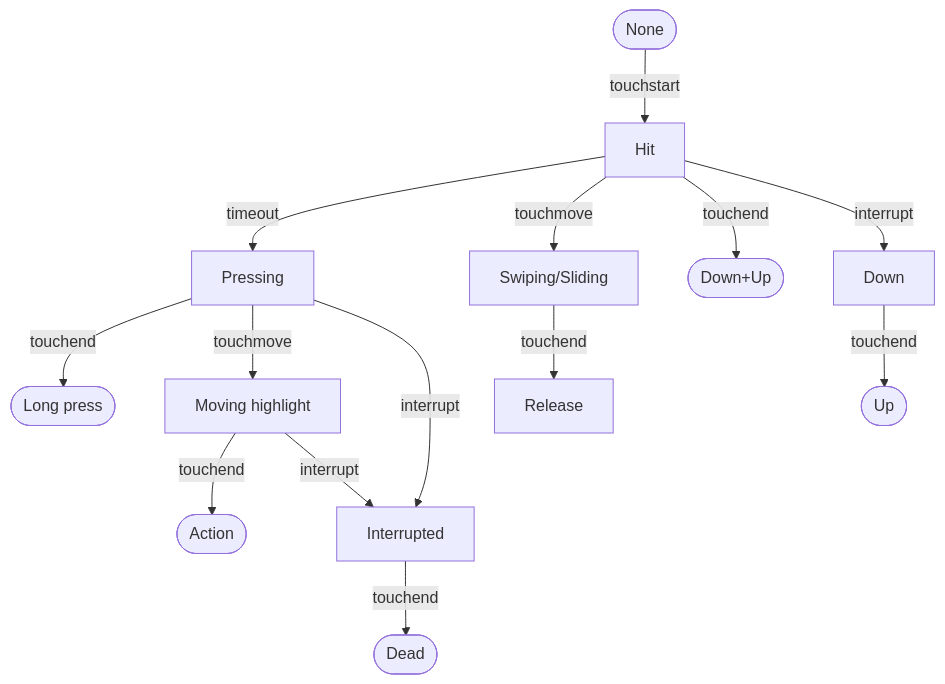
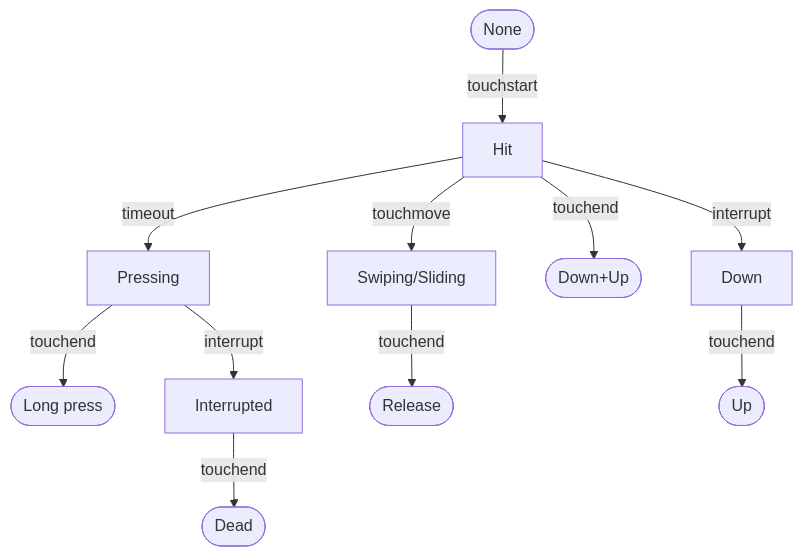
One commit to fcitx-contrib/fcitx5-keyboard-web changed the diagram in docs/gesture.md. Above: the diagram before and after it, drawn with Mermaid. The commit also changed other lines of this file and 8 other files, not shown here.

````diff
--- a/docs/gesture.md
+++ b/docs/gesture.md
@@ -1,11 +1,9 @@
 ```mermaid
 flowchart
   None([None]) -->|touchstart| Hit
   Hit -->|timeout| Pressing -->|touchend| LP([Long press])
-  Pressing -->|touchmove| Moving[Moving highlight] -->|touchend| Action([Action])
   Pressing -->|interrupt| Interrupted -->|touchend| Dead([Dead])
-  Moving -->|interrupt| Interrupted
-  Hit -->|touchmove| Swiping/Sliding -->|touchend| Release
+  Hit -->|touchmove| Swiping/Sliding -->|touchend| Release([Release])
   Hit -->|touchend| CL([Down+Up])
   Hit -->|interrupt| Down -->|touchend| Up([Up])
 ```
````
